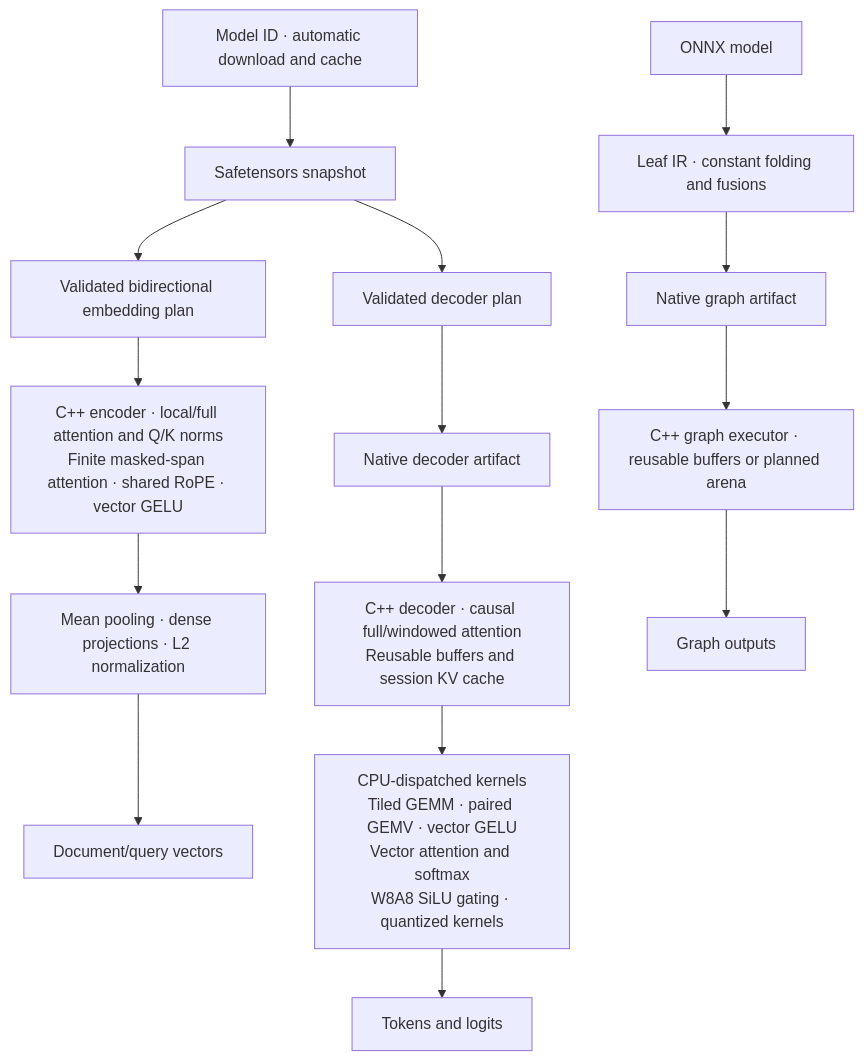
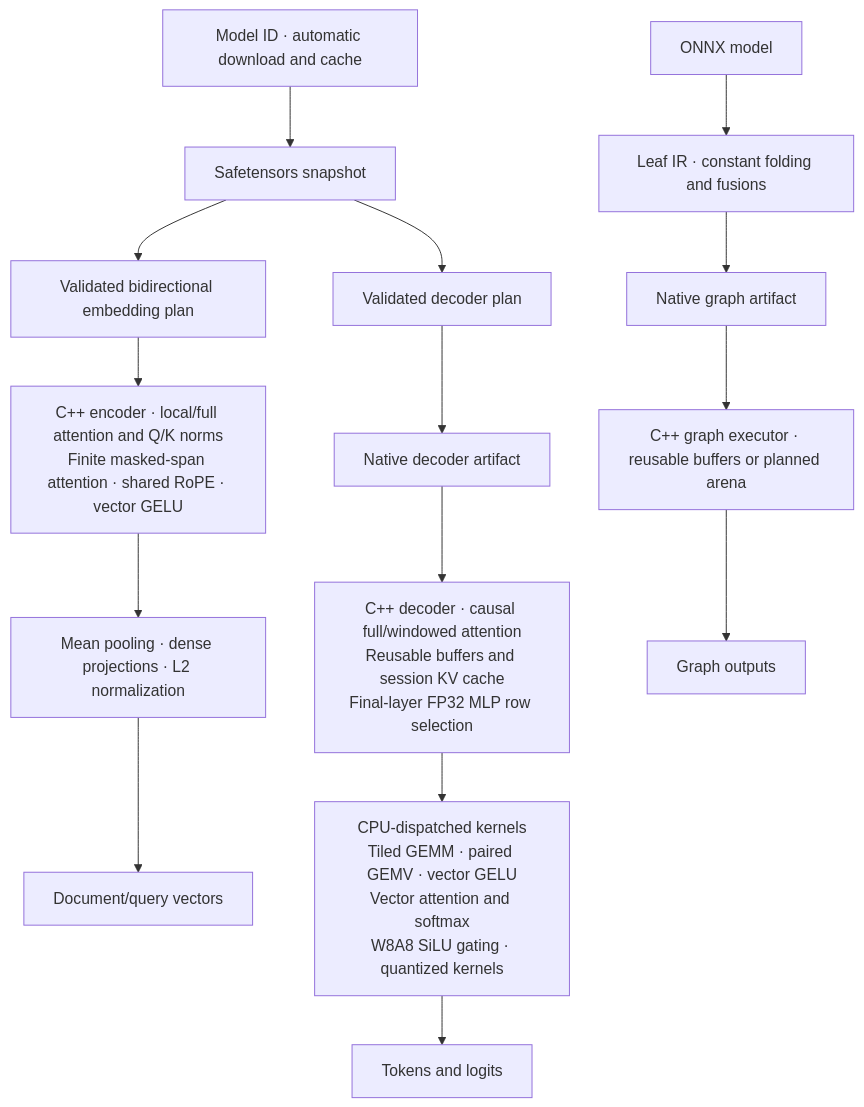
One commit to Nbit-51/Leaf changed the first of 2 diagrams in README.md. Above: the diagram before and after it, drawn with Mermaid. The commit also changed other lines of this file and 16 other files, not shown here.

Commit message:
Skip unused final-layer FP32 MLP rows with measured prefill gains

````diff
--- a/README.md
+++ b/README.md
@@ -136,17 +136,17 @@
 ```mermaid
 flowchart TB
     H["Model ID · automatic download and cache"] --> S["Safetensors snapshot"]
     S --> P["Validated decoder plan"]
     S --> B["Validated bidirectional embedding plan"]
     B --> N["C++ encoder · local/full attention and Q/K norms<br/>Finite masked-span attention · shared RoPE · vector GELU"]
     N --> V["Mean pooling · dense projections · L2 normalization"]
     V --> F["Document/query vectors"]
     O["ONNX model"] --> G["Leaf IR · constant folding and fusions"]
     P --> D["Native decoder artifact"]
     G --> A["Native graph artifact"]
-    D --> R["C++ decoder · causal full/windowed attention<br/>Reusable buffers and session KV cache"]
+    D --> R["C++ decoder · causal full/windowed attention<br/>Reusable buffers and session KV cache<br/>Final-layer FP32 MLP row selection"]
     A --> E["C++ graph executor · reusable buffers or planned arena"]
     R --> K["CPU-dispatched kernels<br/>Tiled GEMM · paired GEMV · vector GELU<br/>Vector attention and softmax<br/>W8A8 SiLU gating · quantized kernels"]
     K --> T["Tokens and logits"]
     E --> U["Graph outputs"]
 ```
````
